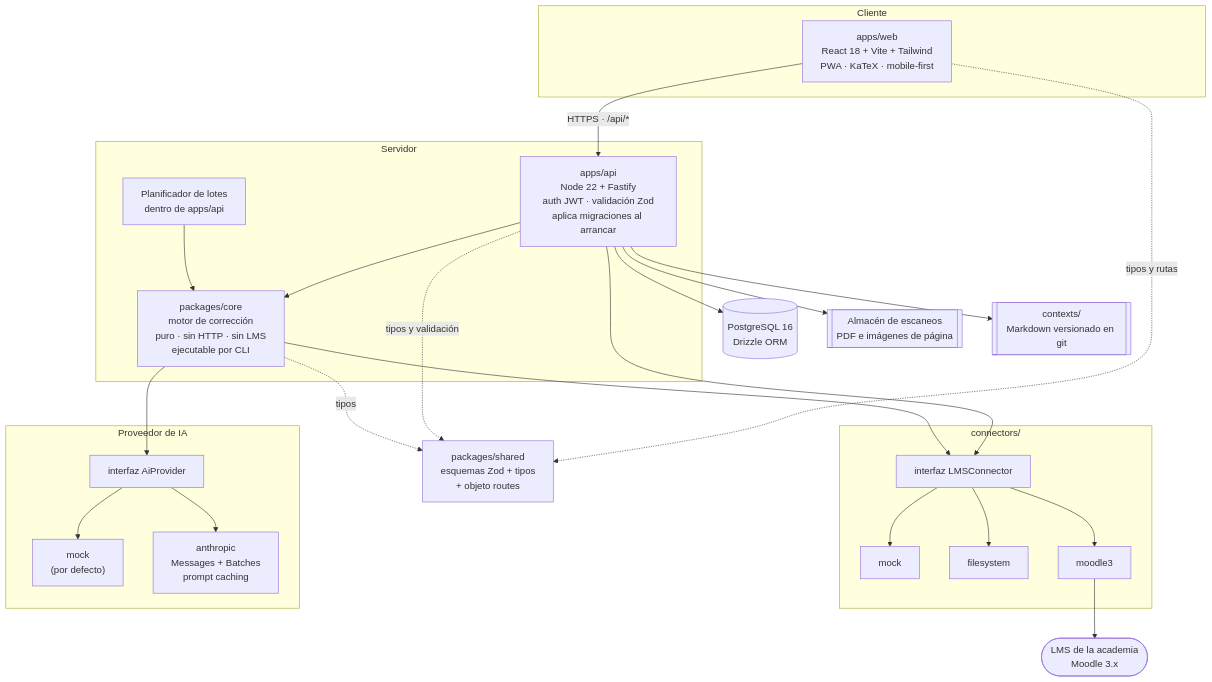
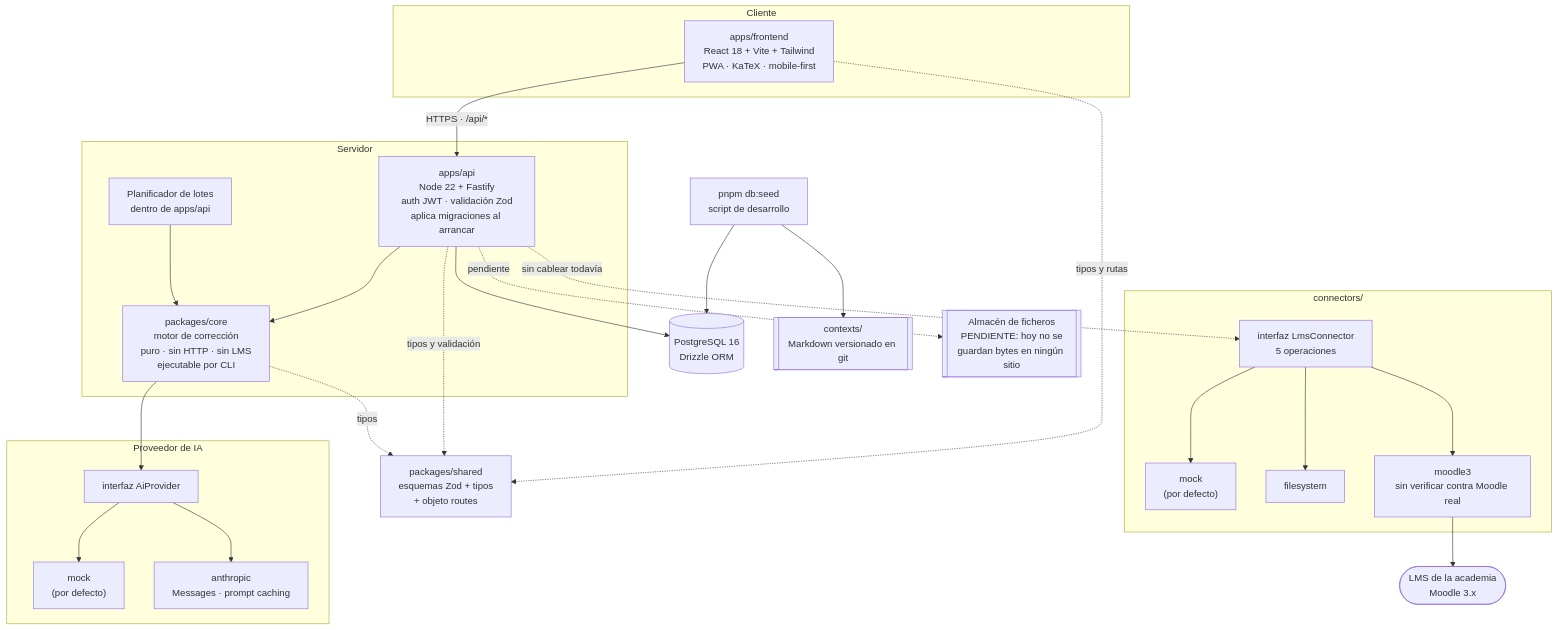
The first of 4 diagrams in docs/arquitectura.md (jamataran/vega), drawn with Mermaid before and after one commit. The commit also changed other lines of this file and 19 other files, not shown here.

````diff
--- a/docs/arquitectura.md
+++ b/docs/arquitectura.md
@@ -5,52 +28,53 @@
 ```mermaid
 graph TB
   subgraph cliente["Cliente"]
-    PWA["apps/web<br/>React 18 + Vite + Tailwind<br/>PWA · KaTeX · mobile-first"]
+    PWA["apps/frontend<br/>React 18 + Vite + Tailwind<br/>PWA · KaTeX · mobile-first"]
   end
 
   subgraph servidor["Servidor"]
     API["apps/api<br/>Node 22 + Fastify<br/>auth JWT · validación Zod<br/>aplica migraciones al arrancar"]
     CORE["packages/core<br/>motor de corrección<br/>puro · sin HTTP · sin LMS<br/>ejecutable por CLI"]
     SCHED["Planificador de lotes<br/>dentro de apps/api"]
   end
 
   SHARED["packages/shared<br/>esquemas Zod + tipos<br/>+ objeto routes"]
 
   subgraph conectores["connectors/"]
-    LMSIF["interfaz LMSConnector"]
-    MOCK["mock"]
+    LMSIF["interfaz LmsConnector<br/>5 operaciones"]
+    MOCK["mock<br/>(por defecto)"]
     FS["filesystem"]
-    M3["moodle3"]
+    M3["moodle3<br/>sin verificar contra Moodle real"]
   end
 
   subgraph ia["Proveedor de IA"]
     AIIF["interfaz AiProvider"]
     AIMOCK["mock<br/>(por defecto)"]
-    ANTH["anthropic<br/>Messages + Batches<br/>prompt caching"]
+    ANTH["anthropic<br/>Messages · prompt caching"]
   end
 
   DB[("PostgreSQL 16<br/>Drizzle ORM")]
-  FILES[["Almacén de escaneos<br/>PDF e imágenes de página"]]
+  SEED["pnpm db:seed<br/>script de desarrollo"]
   CTX[["contexts/<br/>Markdown versionado en git"]]
+  FILES[["Almacén de ficheros<br/>PENDIENTE: hoy no se<br/>guardan bytes en ningún sitio"]]
   LMS(["LMS de la academia<br/>Moodle 3.x"])
 
   PWA -->|"HTTPS · /api/*"| API
   PWA -.->|tipos y rutas| SHARED
   API -.->|tipos y validación| SHARED
   CORE -.->|tipos| SHARED
 
   API --> DB
-  API --> FILES
-  API --> CTX
   API --> CORE
   SCHED --> CORE
+  API -.->|pendiente| FILES
+  SEED --> CTX
+  SEED --> DB
   CORE --> AIIF
   AIIF --> AIMOCK
   AIIF --> ANTH
-  API --> LMSIF
-  CORE --> LMSIF
+  API -.->|"sin cablear todavía"| LMSIF
   LMSIF --> MOCK
   LMSIF --> FS
   LMSIF --> M3
   M3 --> LMS
 ```
````
